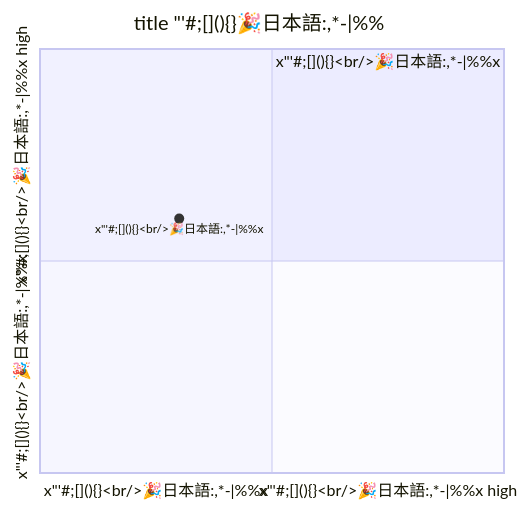
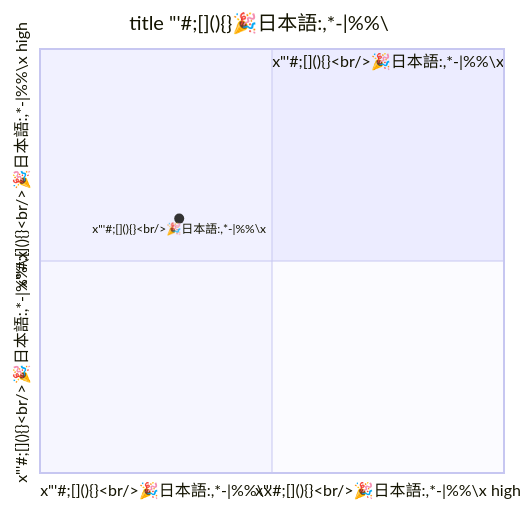
Before and after one commit to nao1215/markdown: the diagram in doc/edgecase/quadrant.md, drawn with Mermaid. The commit also changed 18 other files, not shown here.

First line of the commit message:
test(edgecase): put every character through every diagram type (#172)

````diff
--- a/doc/edgecase/quadrant.md
+++ b/doc/edgecase/quadrant.md
@@ -5,8 +5,8 @@
 ```mermaid
 quadrantChart
-    title title "'#;[](){}🎉日本語:,*-|%%
-    x-axis x#quot;'##59;#91;#93;#40;#41;#123;#125;#60;br/#62;🎉日本語#58;,*-#124;#37;#37;x --> x#quot;'##59;#91;#93;#40;#41;#123;#125;#60;br/#62;🎉日本語#58;,*-#124;#37;#37;x high
-    y-axis x#quot;'##59;#91;#93;#40;#41;#123;#125;#60;br/#62;🎉日本語#58;,*-#124;#37;#37;x --> x#quot;'##59;#91;#93;#40;#41;#123;#125;#60;br/#62;🎉日本語#58;,*-#124;#37;#37;x high
-    quadrant-1 x#quot;'##59;#91;#93;#40;#41;#123;#125;#60;br/#62;🎉日本語#58;,*-#124;#37;#37;x
-    x#quot;'##59;#91;#93;#40;#41;#123;#125;#60;br/#62;🎉日本語#58;,*-#124;#37;#37;x: [0.30, 0.60]
+    title title "'#;[](){}🎉日本語:,*-|%%\
+    x-axis x#quot;'##59;#91;#93;#40;#41;#123;#125;#60;br/#62;🎉日本語#58;,*-#124;#37;#37;\x --> x#quot;'##59;#91;#93;#40;#41;#123;#125;#60;br/#62;🎉日本語#58;,*-#124;#37;#37;\x high
+    y-axis x#quot;'##59;#91;#93;#40;#41;#123;#125;#60;br/#62;🎉日本語#58;,*-#124;#37;#37;\x --> x#quot;'##59;#91;#93;#40;#41;#123;#125;#60;br/#62;🎉日本語#58;,*-#124;#37;#37;\x high
+    quadrant-1 x#quot;'##59;#91;#93;#40;#41;#123;#125;#60;br/#62;🎉日本語#58;,*-#124;#37;#37;\x
+    x#quot;'##59;#91;#93;#40;#41;#123;#125;#60;br/#62;🎉日本語#58;,*-#124;#37;#37;\x: [0.30, 0.60]
 ```
````
